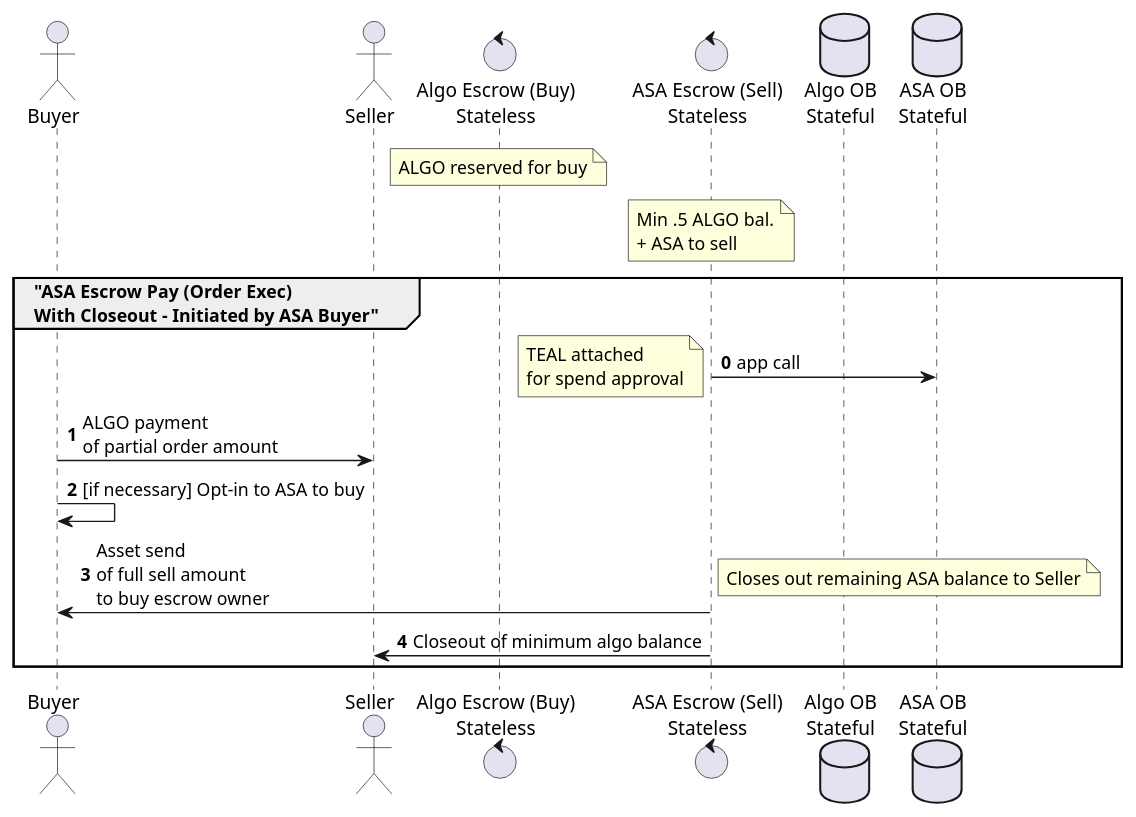
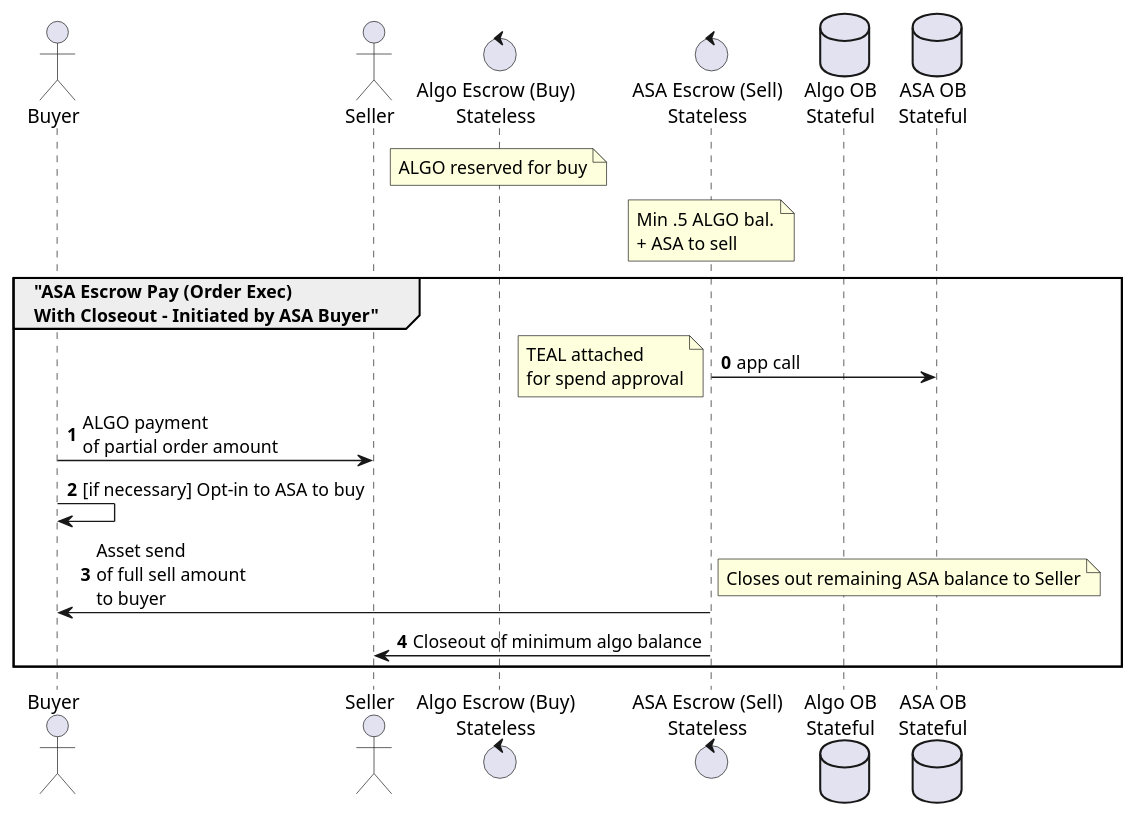
The diagram in diagrams/asa_escrow_execute_full.puml (algodex/algodex-architecture), drawn with PlantUML before and after one commit. The commit also changed 3 other files, not shown here.

Commit message:
Diagram fixes

```diff
--- a/diagrams/asa_escrow_execute_full.puml
+++ b/diagrams/asa_escrow_execute_full.puml
@@ -1,22 +1,22 @@
 @startuml
 actor Buyer
 actor Seller
 control "Algo Escrow (Buy)\nStateless" as AlgoEscrow
 control "ASA Escrow (Sell)\nStateless" as ASAEscrow
 database "Algo OB\nStateful" as AlgoOB
 database "ASA OB\nStateful" as ASAOB
 note over AlgoEscrow: ALGO reserved for buy
 note over ASAEscrow: Min .5 ALGO bal.\n+ ASA to sell
 
 group "ASA Escrow Pay (Order Exec)\nWith Closeout - Initiated by ASA Buyer"
 autonumber 0
 ASAEscrow -> ASAOB: app call
 note left: TEAL attached\nfor spend approval
 Buyer -> Seller: ALGO payment\nof partial order amount
 Buyer -> Buyer: [if necessary] Opt-in to ASA to buy
-ASAEscrow -> Buyer: Asset send\nof full sell amount\nto buy escrow owner
+ASAEscrow -> Buyer: Asset send\nof full sell amount\nto buyer
 note right: Closes out remaining ASA balance to Seller
 ASAEscrow -> Seller: Closeout of minimum algo balance
 end
 
 @enduml
```
